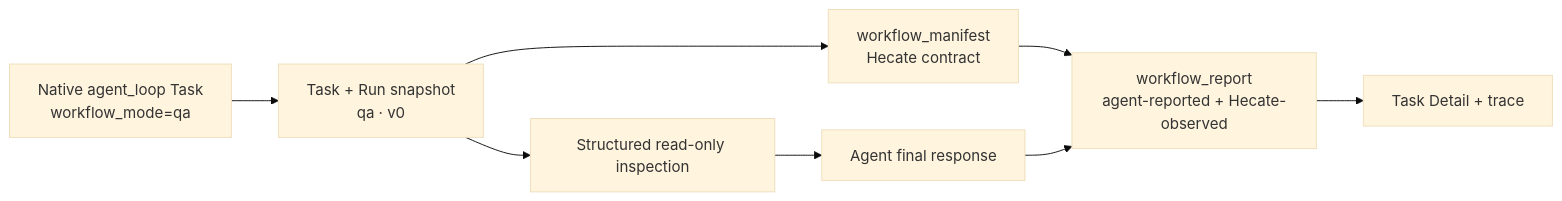
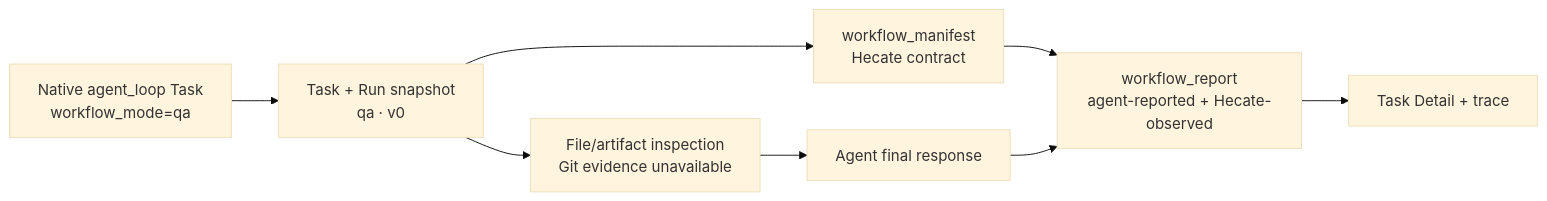
Before and after one commit to hecatehq/hecate: the diagram in docs/design/proposals/workflow-runbooks-v0.md, drawn with Mermaid (base theme). The commit also changed other lines of this file and 18 other files, not shown here.

Commit message:
fix(tasks): contain QA Git evidence

````diff
--- a/docs/design/proposals/workflow-runbooks-v0.md
+++ b/docs/design/proposals/workflow-runbooks-v0.md
@@ -58,10 +58,10 @@
 ```mermaid
 flowchart LR
     A["Native agent_loop Task<br/>workflow_mode=qa"] --> B["Task + Run snapshot<br/>qa · v0"]
     B --> C["workflow_manifest<br/>Hecate contract"]
-    B --> D["Structured read-only inspection"]
+    B --> D["File/artifact inspection<br/>Git evidence unavailable"]
     D --> F["Agent final response"]
     C --> G["workflow_report<br/>agent-reported + Hecate-observed"]
     F --> G
     G --> H["Task Detail + trace"]
 ```
````
